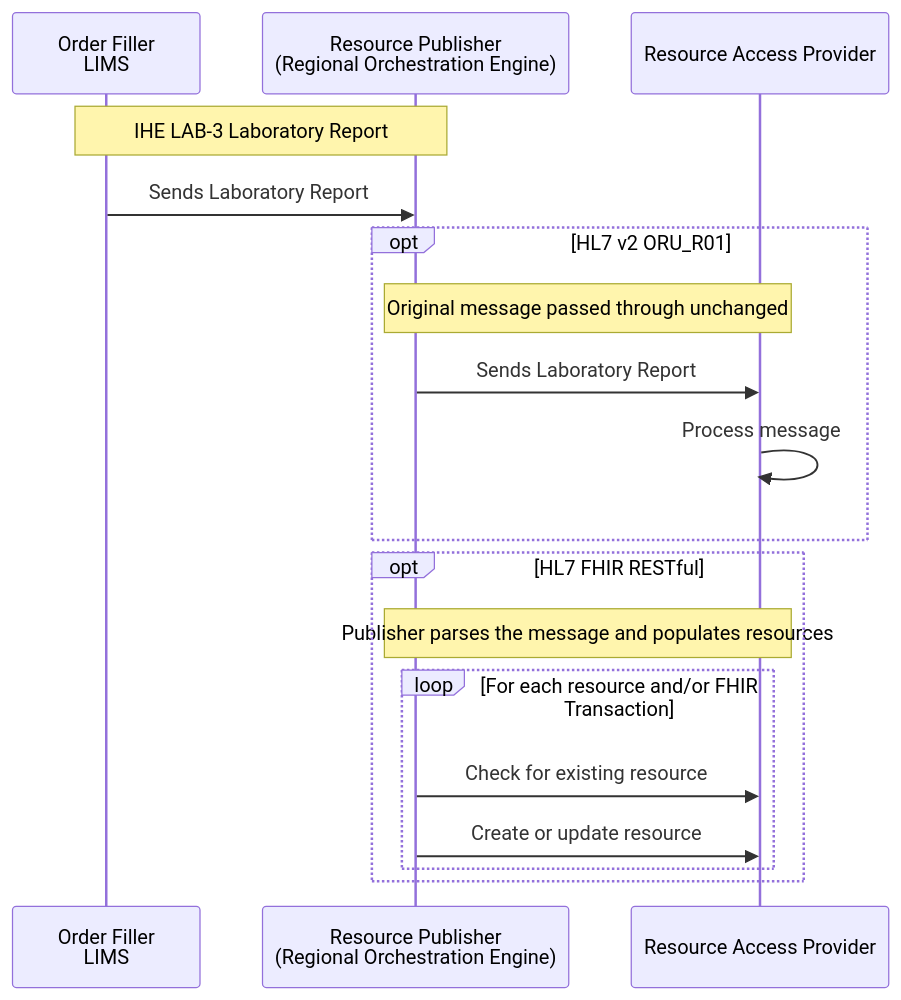
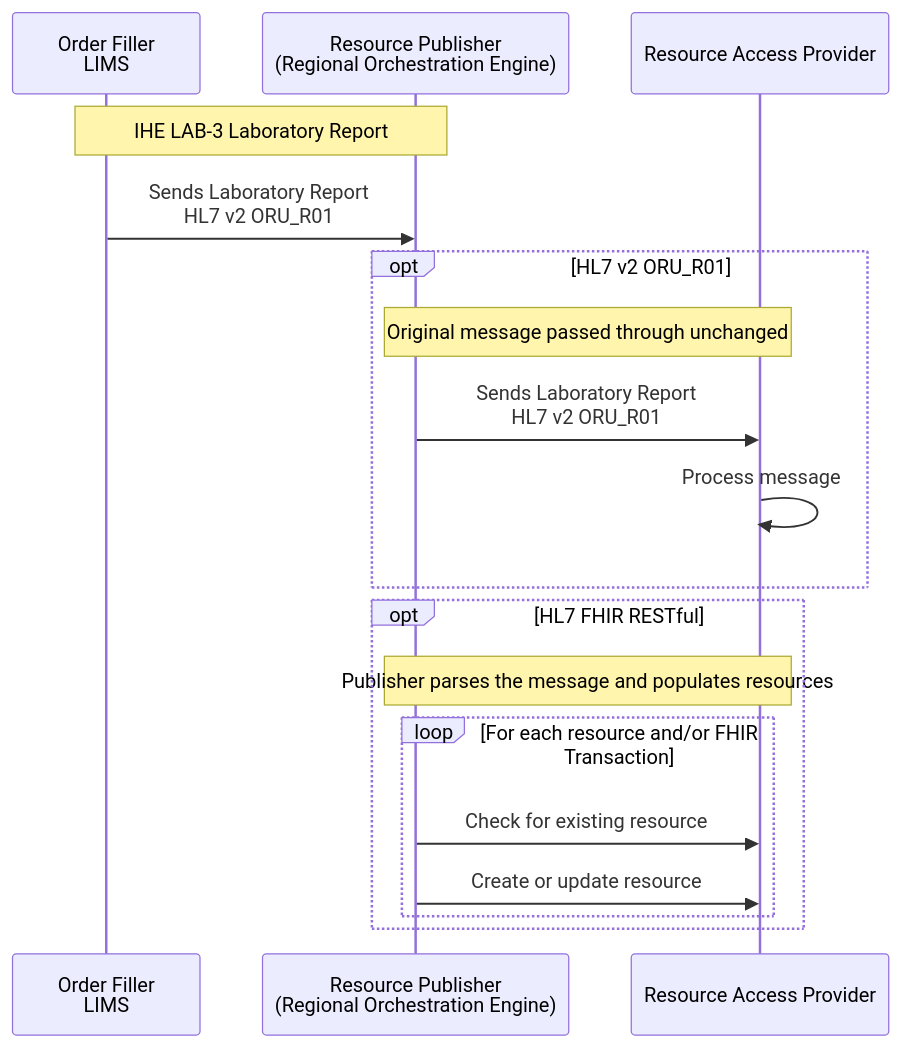
Before and after one commit to nw-gmsa/nw-gmsa.github.com: the fifth of 6 diagrams in input/pagecontent/HIE.md, drawn with Mermaid. The commit also changed other lines of this file, not shown here.

Commit message:
Genomic Study changed to use components

````diff
--- a/input/pagecontent/HIE.md
+++ b/input/pagecontent/HIE.md
@@ -160,22 +160,22 @@
 ```mermaid
 sequenceDiagram
 
   participant LIMS as Order Filler<br/>LIMS
   participant Publisher as Resource Publisher<br/>(Regional Orchestration Engine)
   participant Provider as Resource Access Provider
 
   note over LIMS,Publisher: IHE LAB-3 Laboratory Report
-  LIMS ->> Publisher: Sends Laboratory Report
+  LIMS ->> Publisher: Sends Laboratory Report<br/>HL7 v2 ORU_R01
   opt HL7 v2 ORU_R01
     note over Publisher,Provider: Original message passed through unchanged
-    Publisher ->> Provider: Sends Laboratory Report
+    Publisher ->> Provider: Sends Laboratory Report<br/>HL7 v2 ORU_R01
     Provider ->> Provider: Process message
   end
   opt HL7 FHIR RESTful
     note over Publisher,Provider: Publisher parses the message and populates resources
     loop For each resource and/or FHIR Transaction
       Publisher ->> Provider: Check for existing resource
       Publisher ->> Provider: Create or update resource
     end
   end
 ```
````
